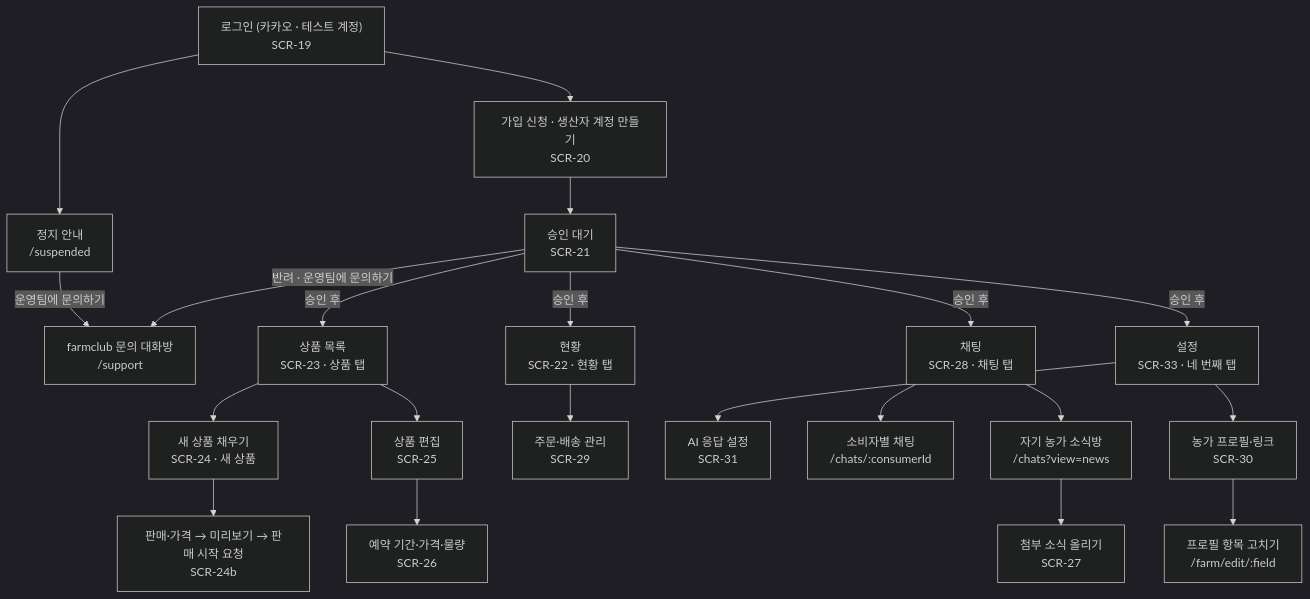
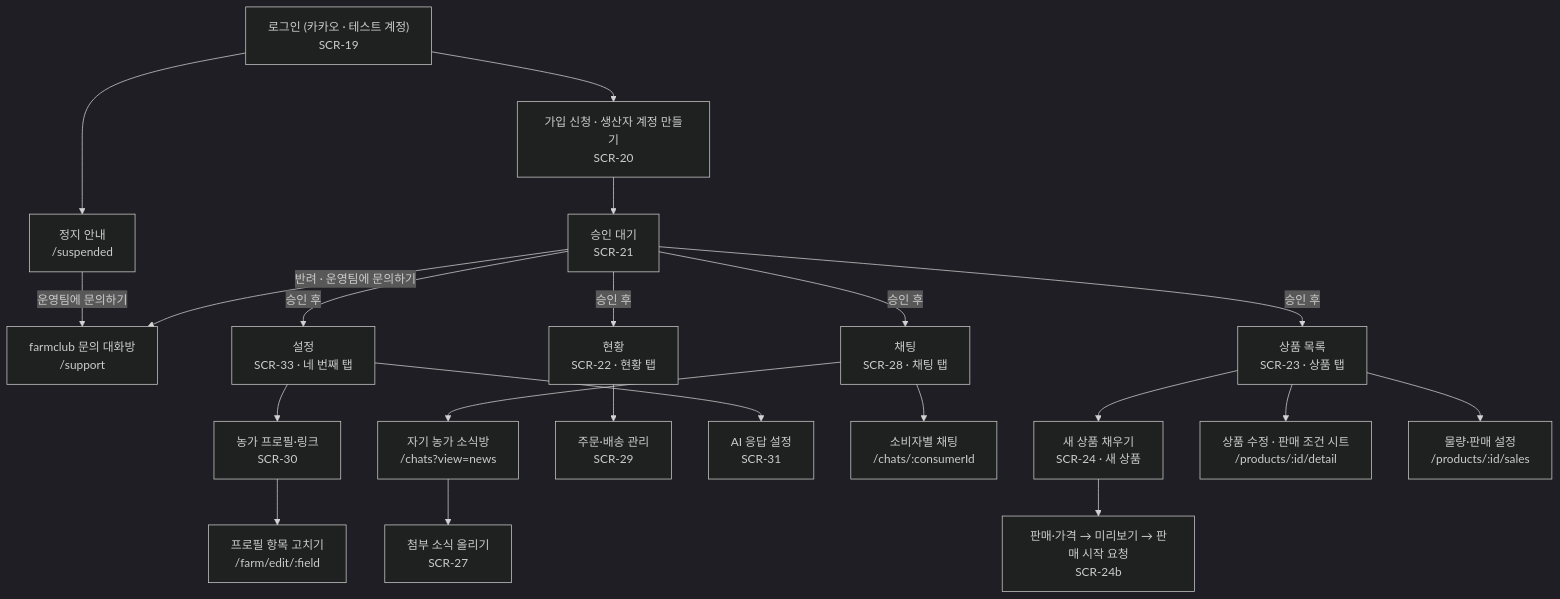
One commit to snuhcs-course/swpp-2026-project-team-06 changed the second of 4 diagrams in docs/spec/ia.md. Above: the diagram before and after it, drawn with Mermaid (dark theme). The commit also changed other lines of this file and 56 other files, not shown here.

First line of the commit message:
feat(producer): edit products in one composer screen and apply once (DEV-361)

````diff
--- a/docs/spec/ia.md
+++ b/docs/spec/ia.md
@@ -60,20 +60,21 @@
 ```mermaid
 flowchart TD
   login["로그인 (카카오 · 테스트 계정)<br/>SCR-19"] --> apply["가입 신청 · 생산자 계정 만들기<br/>SCR-20"] --> pending["승인 대기<br/>SCR-21"]
   login --> suspended["정지 안내<br/>/suspended"]
   suspended -- 운영팀에 문의하기 --> support["farmclub 문의 대화방<br/>/support"]
   pending -- 반려 · 운영팀에 문의하기 --> support
   pending -- 승인 후 --> home["현황<br/>SCR-22 · 현황 탭"]
   pending -- 승인 후 --> products["상품 목록<br/>SCR-23 · 상품 탭"]
   pending -- 승인 후 --> questions["채팅<br/>SCR-28 · 채팅 탭"]
   pending -- 승인 후 --> settings["설정<br/>SCR-33 · 네 번째 탭"]
   settings --> farmtab["농가 프로필·링크<br/>SCR-30"]
   room --> broadcast["첨부 소식 올리기<br/>SCR-27"]
   home --> ship["주문·배송 관리<br/>SCR-29"]
   questions --> room["자기 농가 소식방<br/>/chats?view=news"]
   settings --> ai["AI 응답 설정<br/>SCR-31"]
   questions --> qchat["소비자별 채팅<br/>/chats/:consumerId"]
   farmtab --> fedit["프로필 항목 고치기<br/>/farm/edit/:field"]
   products --> draft["새 상품 채우기<br/>SCR-24 · 새 상품"] --> sell["판매·가격 → 미리보기 → 판매 시작 요청<br/>SCR-24b"]
-  products --> edit["상품 편집<br/>SCR-25"] --> stages["예약 기간·가격·물량<br/>SCR-26"]
+  products --> edit["상품 수정 · 판매 조건 시트<br/>/products/:id/detail"]
+  products --> sales["물량·판매 설정<br/>/products/:id/sales"]
 ```
````
